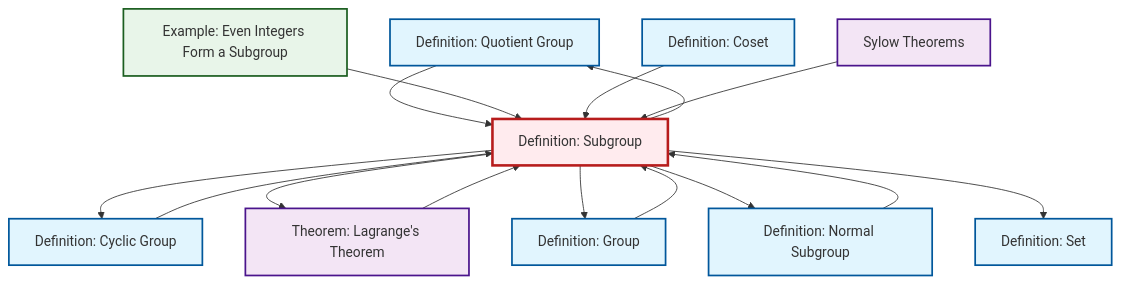
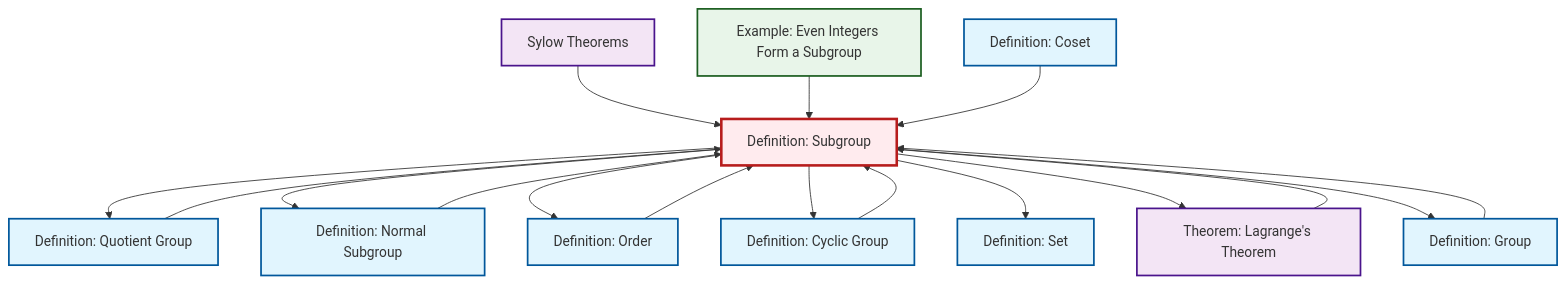
One commit to RK0429/ModernMath changed the diagram in content/ja/algebra/def-subgroup.qmd. Above: the diagram before and after it, drawn with Mermaid. The commit also changed 581 other files, not shown here.

````diff
--- a/content/ja/algebra/def-subgroup.qmd
+++ b/content/ja/algebra/def-subgroup.qmd
@@ -53,43 +53,47 @@
 ```{mermaid}
 %%| fig-cap: "Local dependency graph"
 graph TD
     classDef definition fill:#e1f5fe,stroke:#01579b,stroke-width:2px
     classDef theorem fill:#f3e5f5,stroke:#4a148c,stroke-width:2px
     classDef axiom fill:#fff3e0,stroke:#e65100,stroke-width:2px
     classDef example fill:#e8f5e9,stroke:#1b5e20,stroke-width:2px
     classDef current fill:#ffebee,stroke:#b71c1c,stroke-width:3px
+    def-subgroup["Definition: Subgroup"]:::definition
+    thm-sylow["Sylow Theorems"]:::theorem
+    def-order["Definition: Order"]:::definition
     def-quotient-group["Definition: Quotient Group"]:::definition
-    ex-even-integers-subgroup["Example: Even Integers Form a Subgroup"]:::example
-    def-subgroup["Definition: Subgroup"]:::definition
+    thm-lagrange["Theorem: Lagrange's Theorem"]:::theorem
+    def-coset["Definition: Coset"]:::definition
     def-cyclic-group["Definition: Cyclic Group"]:::definition
     def-group["Definition: Group"]:::definition
     def-set["Definition: Set"]:::definition
-    thm-sylow["Sylow Theorems"]:::theorem
+    ex-even-integers-subgroup["Example: Even Integers Form a Subgroup"]:::example
     def-normal-subgroup["Definition: Normal Subgroup"]:::definition
-    def-coset["Definition: Coset"]:::definition
-    thm-lagrange["Theorem: Lagrange's Theorem"]:::theorem
+    def-order --> def-subgroup
+    thm-sylow --> def-subgroup
+    def-cyclic-group --> def-subgroup
+    def-subgroup --> def-quotient-group
+    def-subgroup --> def-normal-subgroup
     def-quotient-group --> def-subgroup
+    def-subgroup --> def-order
+    ex-even-integers-subgroup --> def-subgroup
+    def-group --> def-subgroup
+    def-subgroup --> def-cyclic-group
+    def-coset --> def-subgroup
     def-normal-subgroup --> def-subgroup
-    ex-even-integers-subgroup --> def-subgroup
-    def-subgroup --> def-cyclic-group
+    def-subgroup --> def-set
     def-subgroup --> thm-lagrange
-    def-coset --> def-subgroup
     def-subgroup --> def-group
-    def-subgroup --> def-normal-subgroup
-    def-subgroup --> def-quotient-group
-    def-group --> def-subgroup
-    def-cyclic-group --> def-subgroup
-    thm-sylow --> def-subgroup
     thm-lagrange --> def-subgroup
-    def-subgroup --> def-set
     class def-subgroup current
+    click thm-sylow "thm-sylow.html" "Sylow Theoremsへ"
+    click def-order "def-order.html" "Definition: Orderへ"
     click def-quotient-group "def-quotient-group.html" "Definition: Quotient Groupへ"
-    click ex-even-integers-subgroup "ex-even-integers-subgroup.html" "Example: Even Integers Form a Subgroupへ"
+    click thm-lagrange "thm-lagrange.html" "Theorem: Lagrange's Theoremへ"
+    click def-coset "def-coset.html" "Definition: Cosetへ"
     click def-cyclic-group "def-cyclic-group.html" "Definition: Cyclic Groupへ"
     click def-group "def-group.html" "Definition: Groupへ"
     click def-set "def-set.html" "Definition: Setへ"
-    click thm-sylow "thm-sylow.html" "Sylow Theoremsへ"
+    click ex-even-integers-subgroup "ex-even-integers-subgroup.html" "Example: Even Integers Form a Subgroupへ"
     click def-normal-subgroup "def-normal-subgroup.html" "Definition: Normal Subgroupへ"
-    click def-coset "def-coset.html" "Definition: Cosetへ"
-    click thm-lagrange "thm-lagrange.html" "Theorem: Lagrange's Theoremへ"
 ```
````
